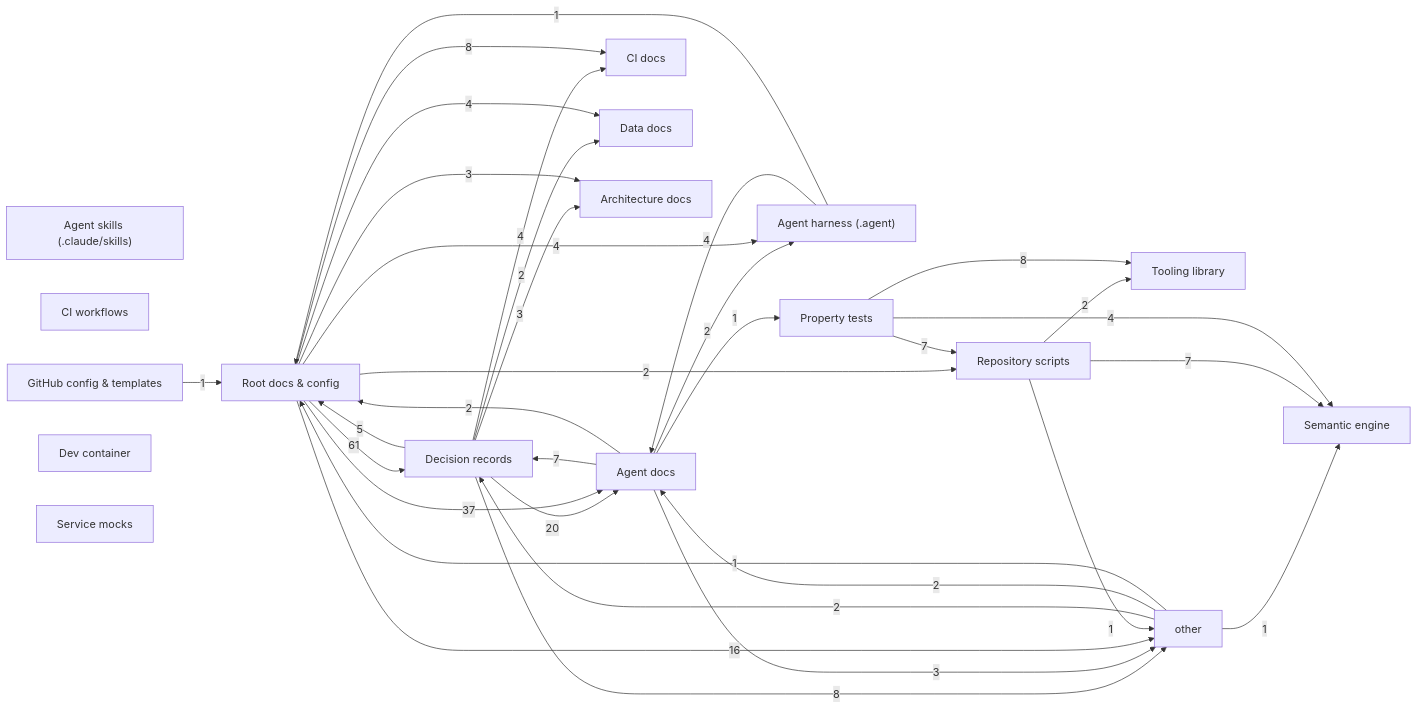
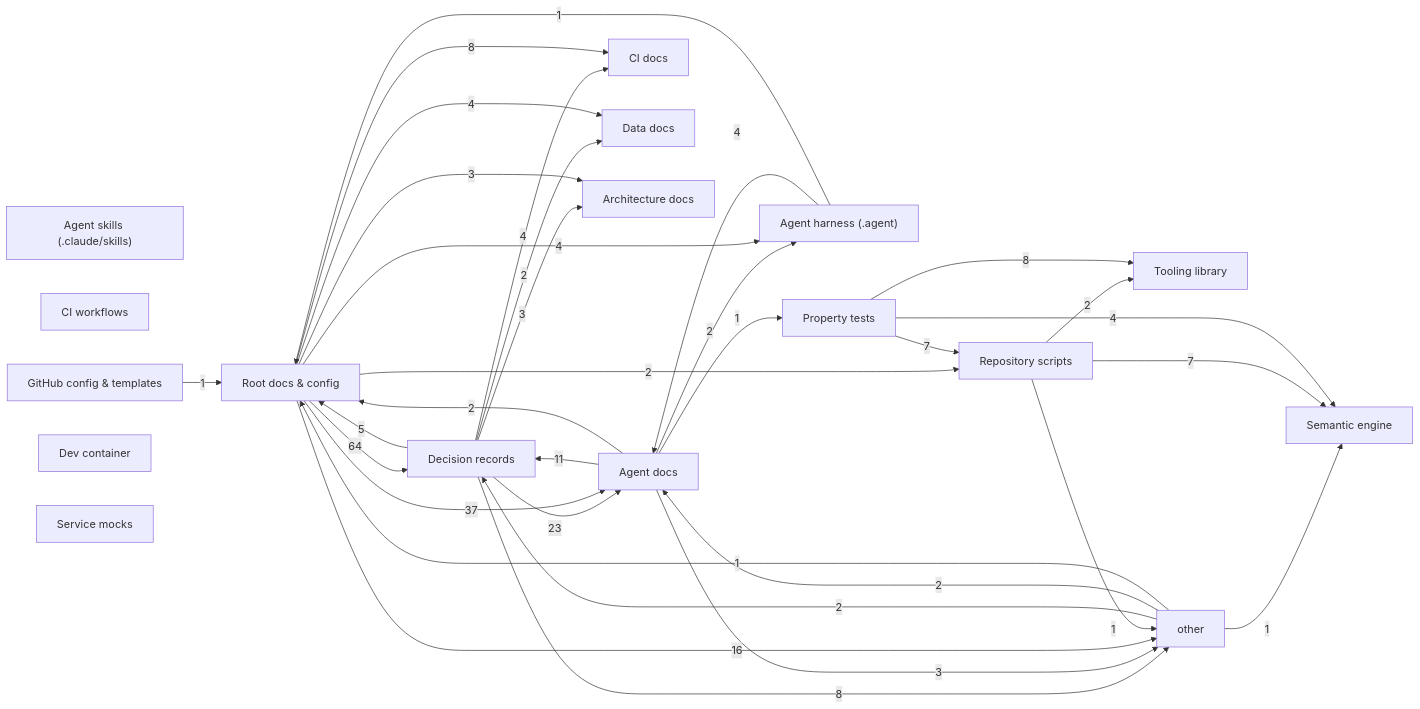
The diagram in docs/architecture/graph.md (sayedelazameydesign-crypto/ui), drawn with Mermaid before and after one commit. The commit also changed other lines of this file and 2 other files, not shown here.

First line of the commit message:
chore(artifacts): regenerate graph, index, export and manifest after staging

````diff
--- a/docs/architecture/graph.md
+++ b/docs/architecture/graph.md
@@ -11,51 +11,51 @@
 ```mermaid
 graph LR
   root["Root docs & config"]
   agent_harness["Agent harness (.agent)"]
   skills["Agent skills (.claude/skills)"]
   workflows["CI workflows"]
   github_config["GitHub config & templates"]
   sandbox["Dev container"]
   adr["Decision records"]
   docs_agents["Agent docs"]
   docs_ci["CI docs"]
   docs_data["Data docs"]
   docs_arch["Architecture docs"]
   semantic["Semantic engine"]
   tooling_lib["Tooling library"]
   scripts["Repository scripts"]
   tests["Property tests"]
   mocks["Service mocks"]
-  adr -->|20| docs_agents
+  adr -->|23| docs_agents
   adr -->|3| docs_arch
   adr -->|4| docs_ci
   adr -->|2| docs_data
   adr -->|8| other
   adr -->|5| root
   agent_harness -->|4| docs_agents
   agent_harness -->|1| root
-  docs_agents -->|7| adr
+  docs_agents -->|11| adr
   docs_agents -->|2| agent_harness
   docs_agents -->|3| other
   docs_agents -->|2| root
   docs_agents -->|1| tests
   github_config -->|1| root
   other -->|2| adr
   other -->|2| docs_agents
   other -->|1| root
   other -->|1| semantic
-  root -->|61| adr
+  root -->|64| adr
   root -->|4| agent_harness
   root -->|37| docs_agents
   root -->|3| docs_arch
   root -->|8| docs_ci
   root -->|4| docs_data
   root -->|16| other
   root -->|2| scripts
   scripts -->|1| other
   scripts -->|7| semantic
   scripts -->|2| tooling_lib
   tests -->|7| scripts
   tests -->|4| semantic
   tests -->|8| tooling_lib
 ```
````
